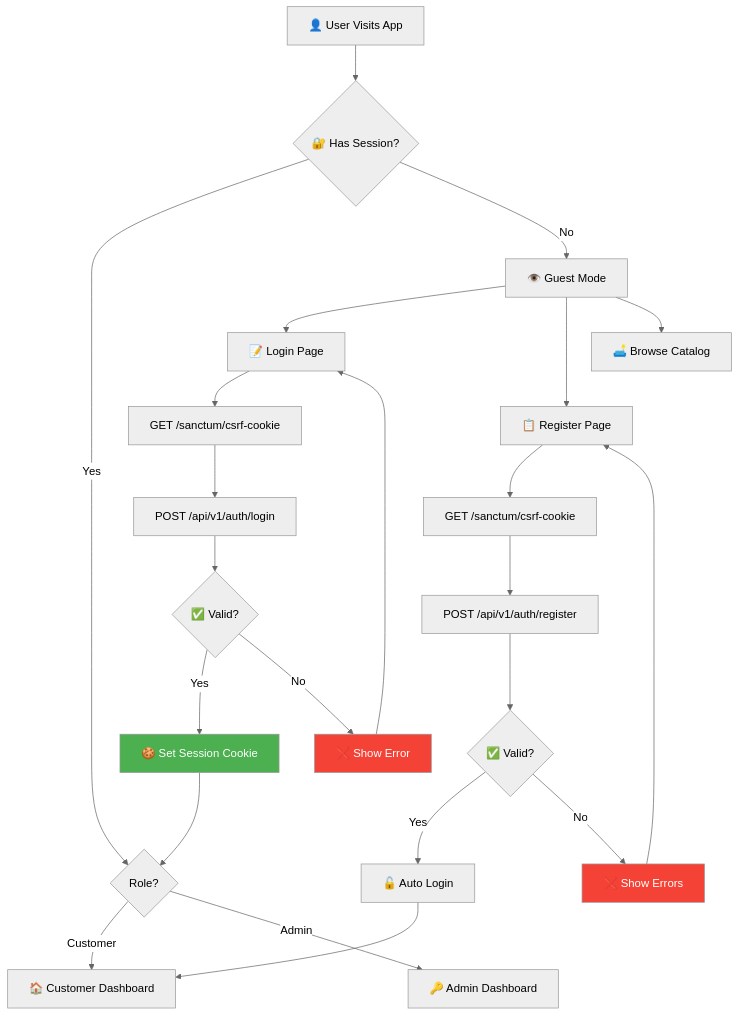
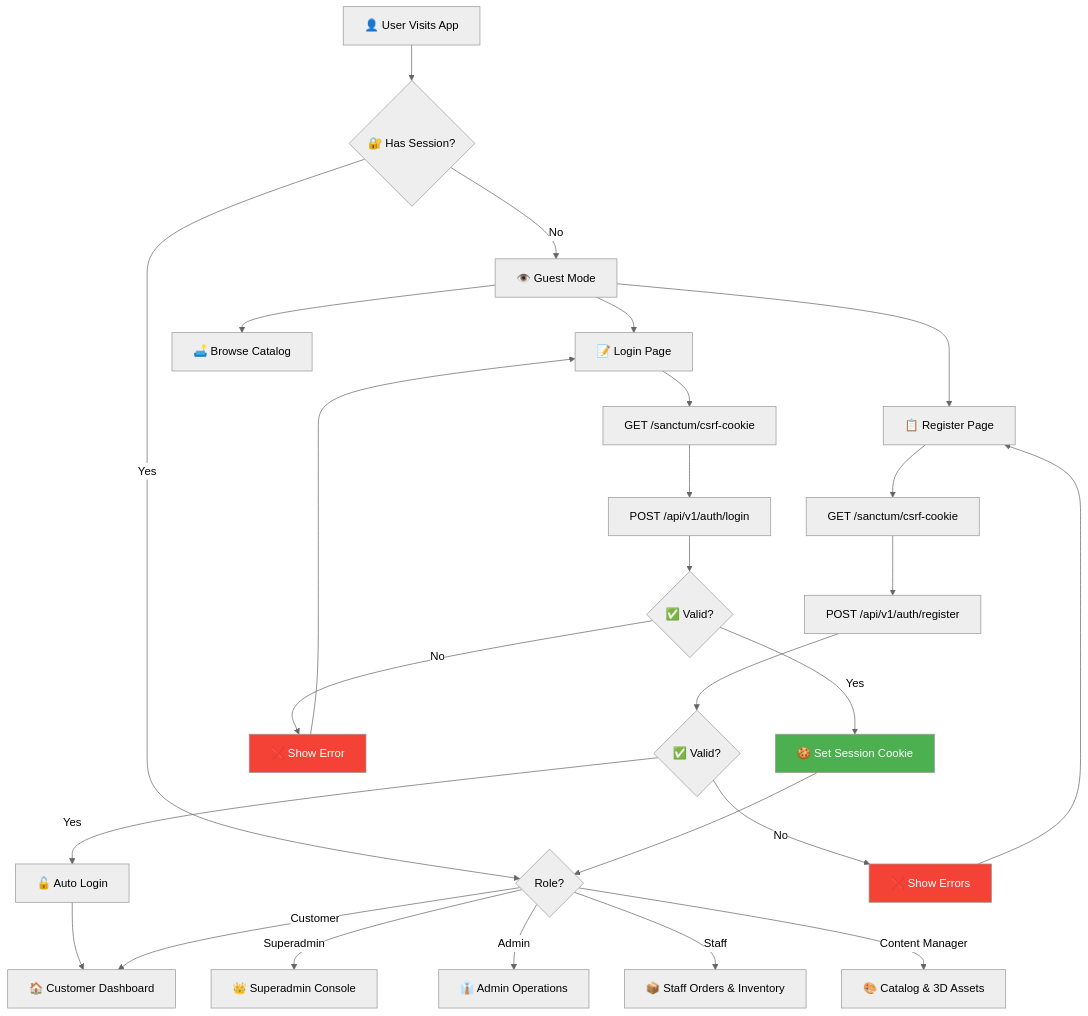
One commit to Yakuzokai/smartspace changed the fourth of 12 diagrams in SmartSpace - System Architecture & Implementation Plan.md. Above: the diagram before and after it, drawn with Mermaid (neutral theme). The commit also changed other lines of this file and 2 other files, not shown here.

````diff
--- a/SmartSpace - System Architecture & Implementation Plan.md
+++ b/SmartSpace - System Architecture & Implementation Plan.md
@@ -235,33 +235,36 @@
 ```mermaid
 flowchart TD
     START["👤 User Visits App"] --> CHECK{"🔐 Has Session?"}
     CHECK -->|Yes| ROLE{"Role?"}
     CHECK -->|No| GUEST["👁️ Guest Mode"]
     
     GUEST --> LOGIN["📝 Login Page"]
     GUEST --> REGISTER["📋 Register Page"]
     GUEST --> PUBLIC["🛋️ Browse Catalog"]
     
     LOGIN --> CSRF["GET /sanctum/csrf-cookie"]
     CSRF --> CREDS["POST /api/v1/auth/login"]
     CREDS --> VALID{"✅ Valid?"}
     VALID -->|Yes| SESSION["🍪 Set Session Cookie"]
     SESSION --> ROLE
     VALID -->|No| ERROR["❌ Show Error"]
     ERROR --> LOGIN
     
     REGISTER --> REG_CSRF["GET /sanctum/csrf-cookie"]
     REG_CSRF --> REG_POST["POST /api/v1/auth/register"]
     REG_POST --> REG_VALID{"✅ Valid?"}
     REG_VALID -->|Yes| AUTO_LOGIN["🔓 Auto Login"]
     AUTO_LOGIN --> CUST_DASH
     REG_VALID -->|No| REG_ERROR["❌ Show Errors"]
     REG_ERROR --> REGISTER
     
     ROLE -->|Customer| CUST_DASH["🏠 Customer Dashboard"]
-    ROLE -->|Admin| ADMIN_DASH["🔑 Admin Dashboard"]
+    ROLE -->|Superadmin| SUPER_DASH["👑 Superadmin Console"]
+    ROLE -->|Admin| ADMIN_DASH["👔 Admin Operations"]
+    ROLE -->|Staff| STAFF_DASH["📦 Staff Orders & Inventory"]
+    ROLE -->|Content Manager| CONTENT_DASH["🎨 Catalog & 3D Assets"]
 
     style SESSION fill:#4CAF50,color:#fff
     style ERROR fill:#F44336,color:#fff
     style REG_ERROR fill:#F44336,color:#fff
 ```
````
